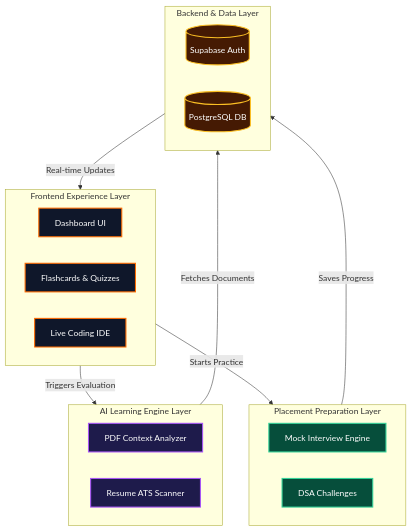
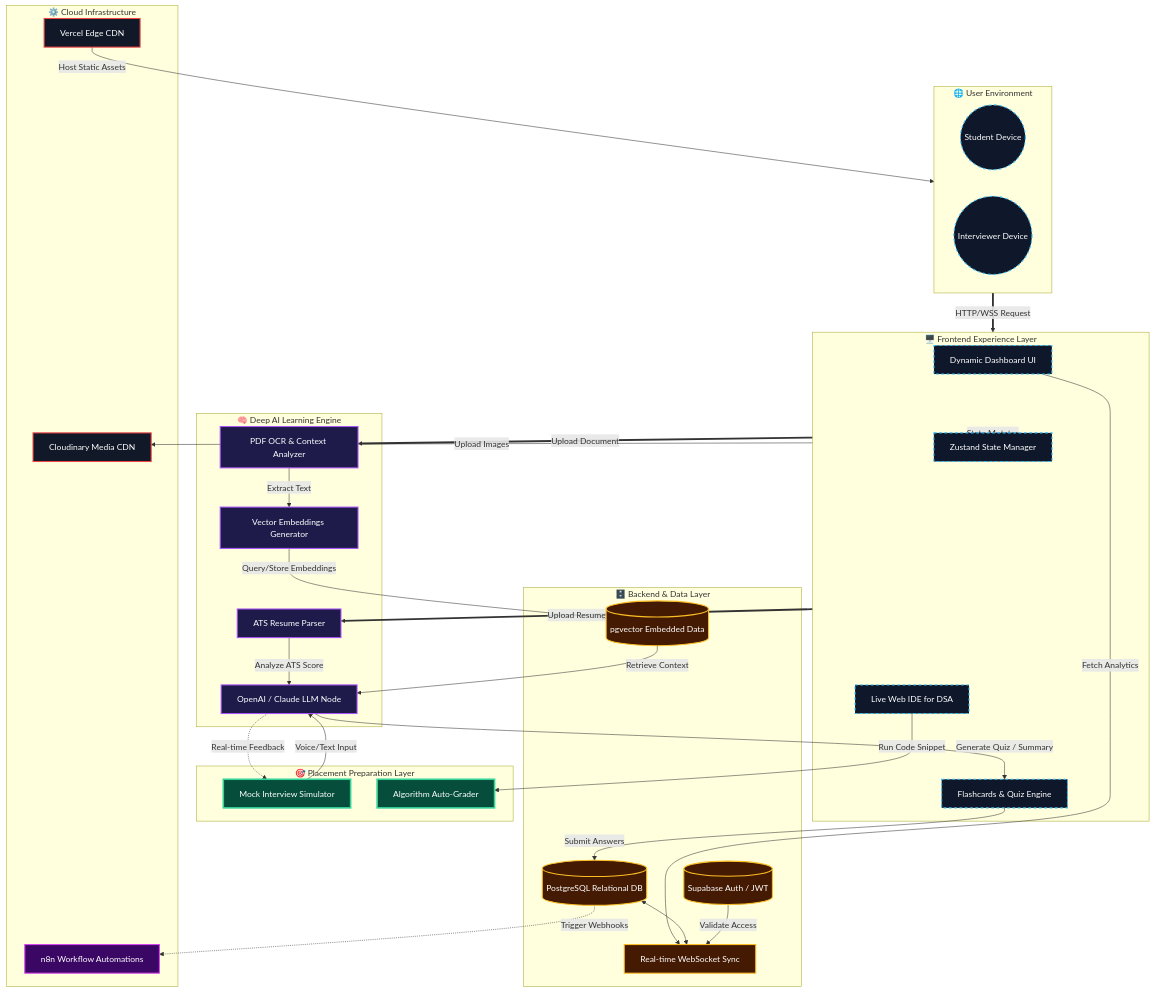
Before and after one commit to saichintamani/PrepMind-Ai: the diagram in README.md, drawn with Mermaid.

Commit message:
docs: Significantly expand and animate architecture diagram

````diff
--- a/README.md
+++ b/README.md
@@ -70,37 +70,77 @@
 ```mermaid
 graph TD
-    %% Define Styles
-    classDef ui fill:#0f172a,stroke:#ff6b00,stroke-width:2px,color:#fff
+    %% Define Advanced Glow & Gradient Styles
+    classDef ui fill:#0f172a,stroke:#38bdf8,stroke-width:2px,color:#fff,stroke-dasharray: 5 5
     classDef ai fill:#1e1b4b,stroke:#a855f7,stroke-width:2px,color:#fff
-    classDef prep fill:#064e3b,stroke:#34d399,stroke-width:2px,color:#fff
+    classDef prep fill:#064e3b,stroke:#34d399,stroke-width:3px,color:#fff
     classDef data fill:#451a03,stroke:#fbbf24,stroke-width:2px,color:#fff
+    classDef external fill:#111827,stroke:#ef4444,stroke-width:2px,color:#fff
+    classDef automation fill:#3b0764,stroke:#d946ef,stroke-width:2px,color:#fff
+
+    %% User Interaction Flow
+    subgraph Client_Space [🌐 User Environment]
+        U1((Student Device)):::ui
+        U2((Interviewer Device)):::ui
+    end
 
     %% Components
-    subgraph UI_Layer [Frontend Experience Layer]
-        A[Dashboard UI]:::ui
-        B[Flashcards & Quizzes]:::ui
-        C[Live Coding IDE]:::ui
+    subgraph UI_Layer [🖥️ Frontend Experience Layer]
+        A[Dynamic Dashboard UI]:::ui
+        B[Flashcards & Quiz Engine]:::ui
+        C[Live Web IDE for DSA]:::ui
+        State[Zustand State Manager]:::ui
     end
 
-    subgraph AI_Layer [AI Learning Engine Layer]
-        D[PDF Context Analyzer]:::ai
-        E[Resume ATS Scanner]:::ai
+    subgraph AI_Layer [🧠 Deep AI Learning Engine]
+        D[PDF OCR & Context Analyzer]:::ai
+        E[ATS Resume Parser]:::ai
+        LLM[OpenAI / Claude LLM Node]:::ai
+        Vec[Vector Embeddings Generator]:::ai
     end
 
-    subgraph Prep_Layer [Placement Preparation Layer]
-        F[Mock Interview Engine]:::prep
-        G[DSA Challenges]:::prep
+    subgraph Prep_Layer [🎯 Placement Preparation Layer]
+        F[Mock Interview Simulator]:::prep
+        G[Algorithm Auto-Grader]:::prep
     end
 
-    subgraph Backend_Layer [Backend & Data Layer]
-        H[(Supabase Auth)]:::data
-        I[(PostgreSQL DB)]:::data
+    subgraph Backend_Layer [🗄️ Backend & Data Layer]
+        H[(Supabase Auth / JWT)]:::data
+        I[(PostgreSQL Relational DB)]:::data
+        J[(pgvector Embedded Data)]:::data
+        K[Real-time WebSocket Sync]:::data
     end
 
-    %% Flow
-    UI_Layer -->|Triggers Evaluation| AI_Layer
-    UI_Layer -->|Starts Practice| Prep_Layer
-    AI_Layer -->|Fetches Documents| Backend_Layer
-    Prep_Layer -->|Saves Progress| Backend_Layer
-    Backend_Layer -->|Real-time Updates| UI_Layer
+    subgraph Infra_Layer [⚙️ Cloud Infrastructure]
+        Vercel[Vercel Edge CDN]:::external
+        N8N[n8n Workflow Automations]:::automation
+        Cloudinary[Cloudinary Media CDN]:::external
+    end
+
+    %% Complex Data Pipelines (Animated Flow)
+    Client_Space ==>|HTTP/WSS Request| UI_Layer
+    UI_Layer -.->|State Mutates| State
+    
+    A -->|Fetch Analytics| K
+    B -->|Submit Answers| I
+    C -->|Run Code Snippet| G
+    
+    %% AI Flows
+    UI_Layer ==>|Upload Document| D
+    D -->|Extract Text| Vec
+    Vec -->|Query/Store Embeddings| J
+    J -->|Retrieve Context| LLM
+    LLM -->|Generate Quiz / Summary| B
+    
+    %% Prep Flows
+    UI_Layer ==>|Upload Resume| E
+    E -->|Analyze ATS Score| LLM
+    F -->|Voice/Text Input| LLM
+    LLM -.->|Real-time Feedback| F
+    
+    %% Infrastructure Connections
+    I <--> K
+    H -->|Validate Access| K
+    Vercel -->|Host Static Assets| Client_Space
+    I -.->|Trigger Webhooks| N8N
+    UI_Layer -->|Upload Images| Cloudinary
 ```
````
